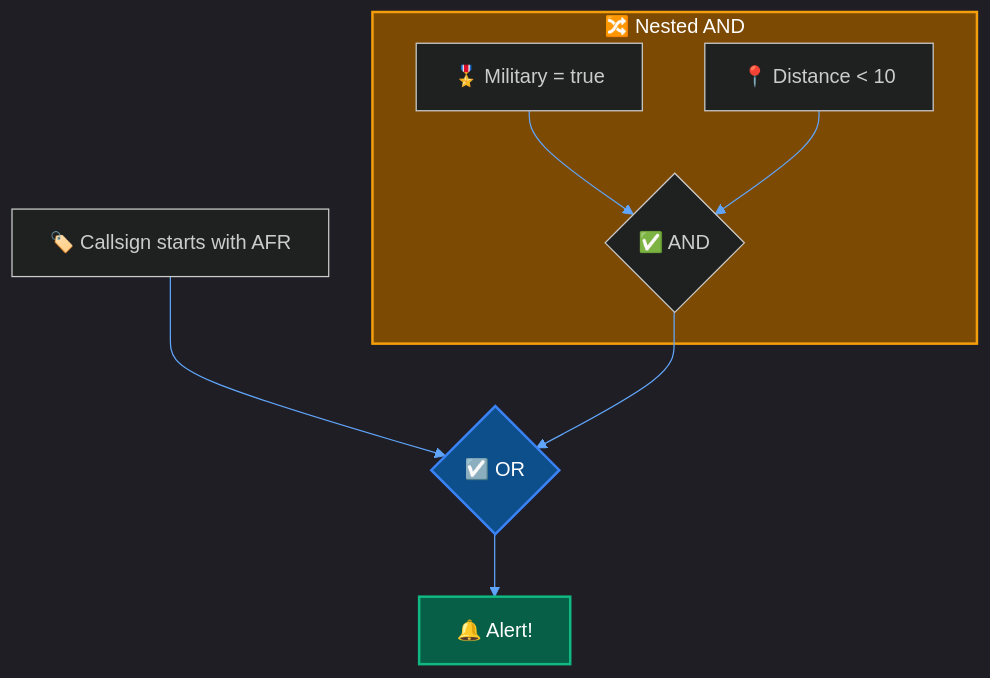
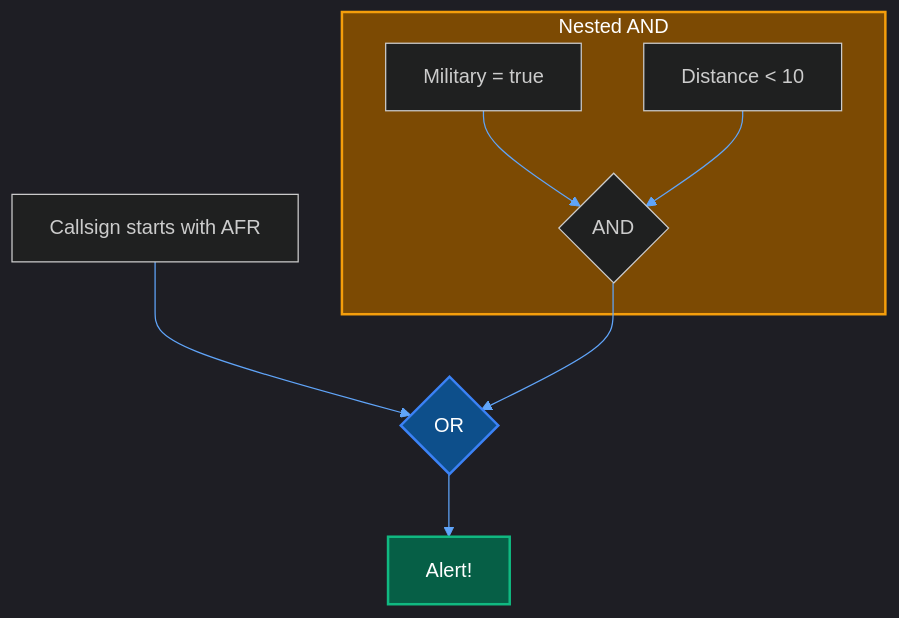
One commit to CHA0S-CORP/SkySpyDocs changed the third of 3 diagrams in docs/Getting Started/safety-and-alerts/custom-rules.md. Above: the diagram before and after it, drawn with Mermaid. The commit also changed other lines of this file and 94 other files, not shown here.

````diff
--- a/docs/Getting Started/safety-and-alerts/custom-rules.md
+++ b/docs/Getting Started/safety-and-alerts/custom-rules.md
@@ -141,17 +143,17 @@
-    ```mermaid
-    %%{init: {'theme': 'dark', 'themeVariables': { 'primaryColor': '#1e3a5f', 'primaryTextColor': '#fff', 'primaryBorderColor': '#3b82f6', 'lineColor': '#60a5fa'}}}%%
-    flowchart TB
-        CALL["🏷️ Callsign starts with AFR"] --> OR{"☑️ OR"}
+```mermaid
+%%{init: {'theme': 'dark', 'themeVariables': { 'primaryColor': '#1e3a5f', 'primaryTextColor': '#fff', 'primaryBorderColor': '#3b82f6', 'lineColor': '#60a5fa'}}}%%
+flowchart TB
+    CALL["Callsign starts with AFR"] --> OR{"OR"}
 
-        subgraph Nested["🔀 Nested AND"]
-            MIL["🎖️ Military = true"] --> AND{"✅ AND"}
-            DIST["📍 Distance < 10"] --> AND
-        end
+    subgraph Nested["Nested AND"]
+        MIL["Military = true"] --> AND{"AND"}
+        DIST["Distance < 10"] --> AND
+    end
 
-        AND --> OR
-        OR --> ALERT["🔔 Alert!"]
+    AND --> OR
+    OR --> ALERT["Alert!"]
 
-        style OR fill:#0d4f8b,stroke:#3b82f6,stroke-width:2px,color:#fff
-        style Nested fill:#7c4a03,stroke:#f59e0b,stroke-width:2px,color:#fff
-        style ALERT fill:#065f46,stroke:#10b981,stroke-width:2px,color:#fff
-    ```
+    style OR fill:#0d4f8b,stroke:#3b82f6,stroke-width:2px,color:#fff
+    style Nested fill:#7c4a03,stroke:#f59e0b,stroke-width:2px,color:#fff
+    style ALERT fill:#065f46,stroke:#10b981,stroke-width:2px,color:#fff
+```
````
